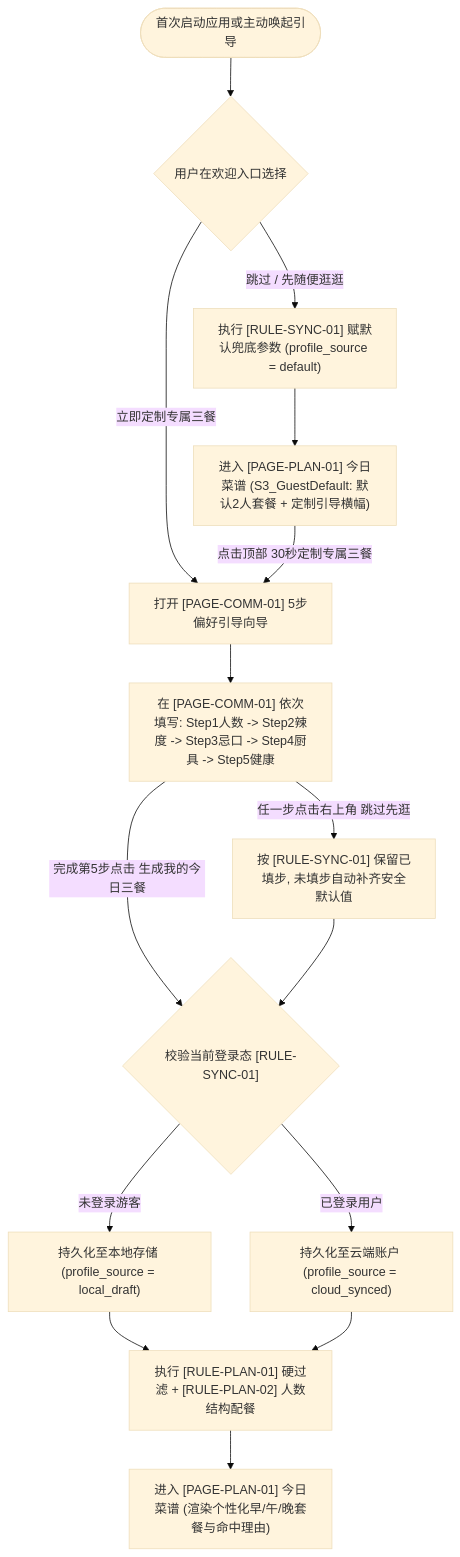
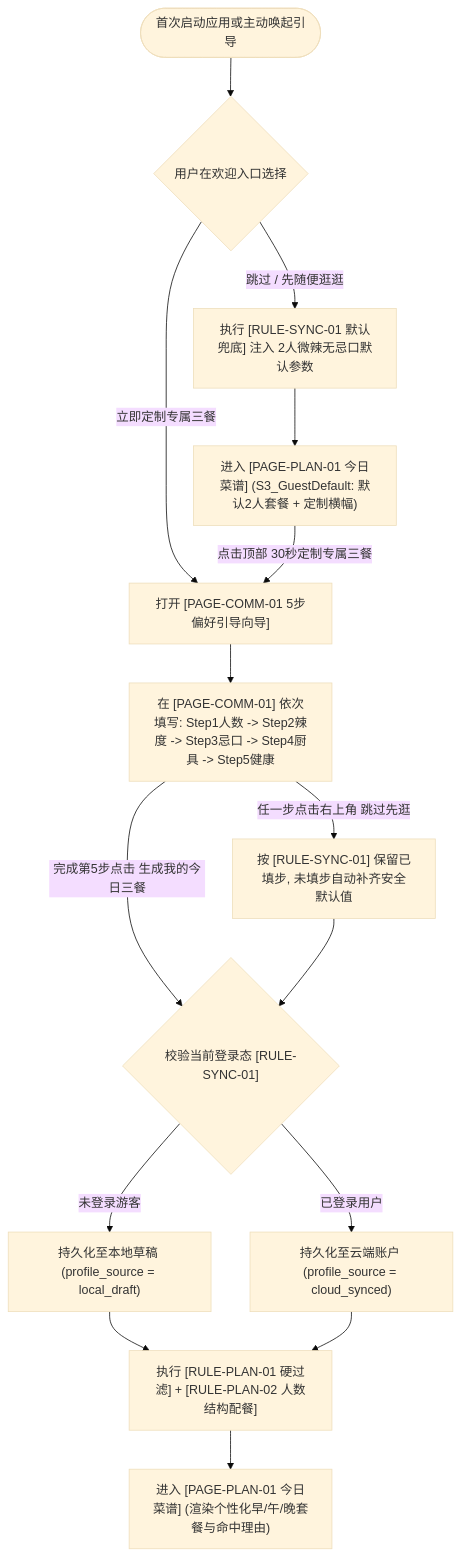
Before and after one commit to icecream154/Cookbook: the first of 2 diagrams in Product/spec/04-ia-and-flows/flows/auth-and-onboarding.md, drawn with Mermaid (base theme). The commit also changed other lines of this file and 43 other files, not shown here.

````diff
--- a/Product/spec/04-ia-and-flows/flows/auth-and-onboarding.md
+++ b/Product/spec/04-ia-and-flows/flows/auth-and-onboarding.md
@@ -11,20 +11,20 @@
 ```mermaid
 flowchart TD
     START(["首次启动应用或主动唤起引导"]) --> ENTRY{"用户在欢迎入口选择"}
-    ENTRY -- "跳过 / 先随便逛逛" --> DEFAULT_RULE["执行 [RULE-SYNC-01] 赋默认兜底参数 (profile_source = default)"]
-    DEFAULT_RULE --> GUEST_PLAN["进入 [PAGE-PLAN-01] 今日菜谱 (S3_GuestDefault: 默认2人套餐 + 定制引导横幅)"]
+    ENTRY -- "跳过 / 先随便逛逛" --> DEFAULT_RULE["执行 [RULE-SYNC-01 默认兜底] 注入 2人微辣无忌口默认参数"]
+    DEFAULT_RULE --> GUEST_PLAN["进入 [PAGE-PLAN-01 今日菜谱] (S3_GuestDefault: 默认2人套餐 + 定制横幅)"]
 
-    ENTRY -- "立即定制专属三餐" --> WIZ["打开 [PAGE-COMM-01] 5步偏好引导向导"]
+    ENTRY -- "立即定制专属三餐" --> WIZ["打开 [PAGE-COMM-01 5步偏好引导向导]"]
     GUEST_PLAN -- "点击顶部 30秒定制专属三餐" --> WIZ
 
     WIZ --> STEP_FLOW["在 [PAGE-COMM-01] 依次填写: Step1人数 -> Step2辣度 -> Step3忌口 -> Step4厨具 -> Step5健康"]
     STEP_FLOW -- "任一步点击右上角 跳过先逛" --> SAVE_PARTIAL["按 [RULE-SYNC-01] 保留已填步, 未填步自动补齐安全默认值"]
     STEP_FLOW -- "完成第5步点击 生成我的今日三餐" --> CHECK_LOGIN{"校验当前登录态 [RULE-SYNC-01]"}
     SAVE_PARTIAL --> CHECK_LOGIN
 
-    CHECK_LOGIN -- "未登录游客" --> SAVE_DRAFT["持久化至本地存储 (profile_source = local_draft)"]
+    CHECK_LOGIN -- "未登录游客" --> SAVE_DRAFT["持久化至本地草稿 (profile_source = local_draft)"]
     CHECK_LOGIN -- "已登录用户" --> SAVE_CLOUD["持久化至云端账户 (profile_source = cloud_synced)"]
 
-    SAVE_DRAFT & SAVE_CLOUD --> GEN_MEAL["执行 [RULE-PLAN-01] 硬过滤 + [RULE-PLAN-02] 人数结构配餐"]
-    GEN_MEAL --> CUSTOM_HOME["进入 [PAGE-PLAN-01] 今日菜谱 (渲染个性化早/午/晚套餐与命中理由)"]
+    SAVE_DRAFT & SAVE_CLOUD --> GEN_MEAL["执行 [RULE-PLAN-01 硬过滤] + [RULE-PLAN-02 人数结构配餐]"]
+    GEN_MEAL --> CUSTOM_HOME["进入 [PAGE-PLAN-01 今日菜谱] (渲染个性化早/午/晚套餐与命中理由)"]
 ```
````
